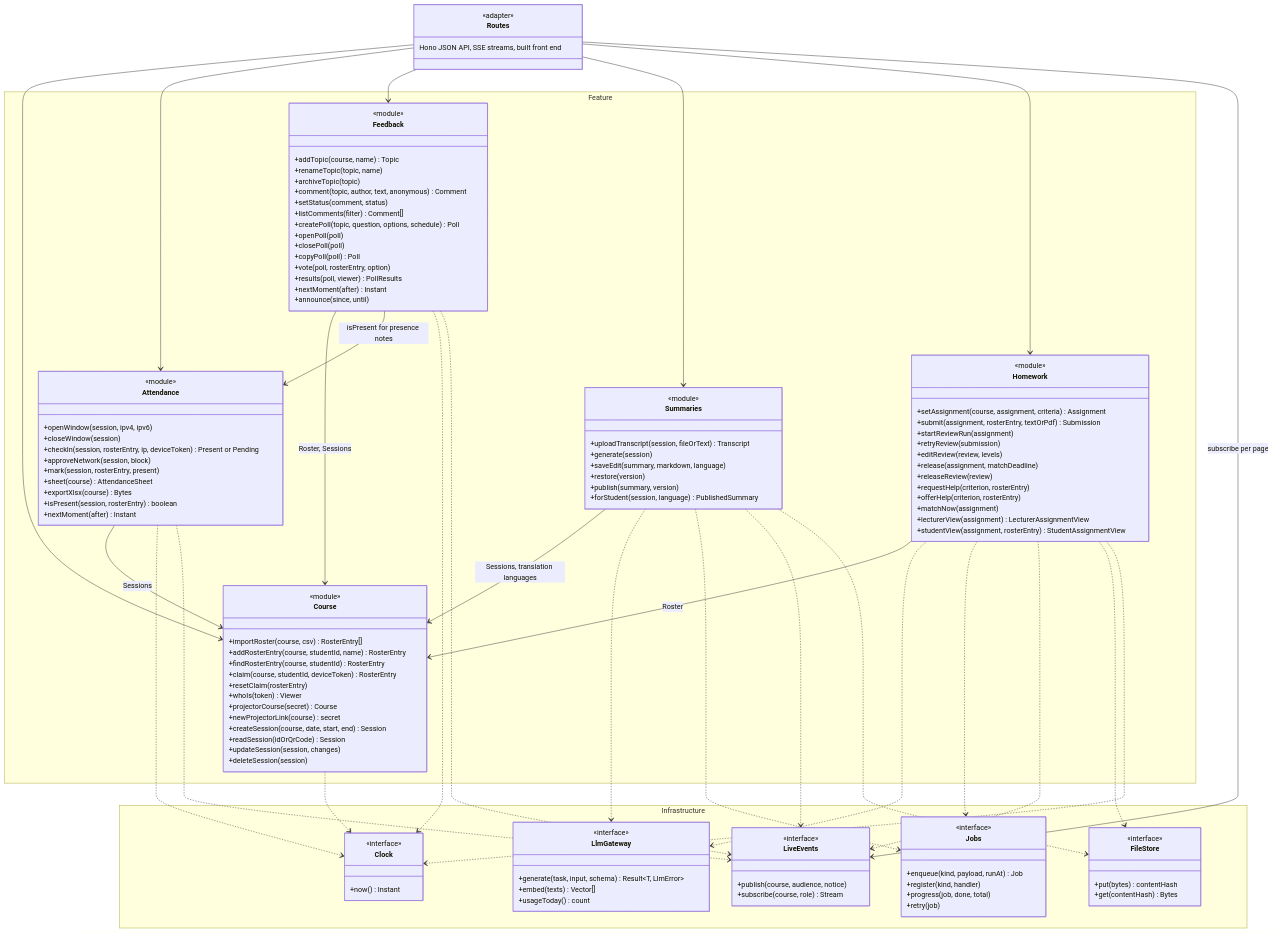
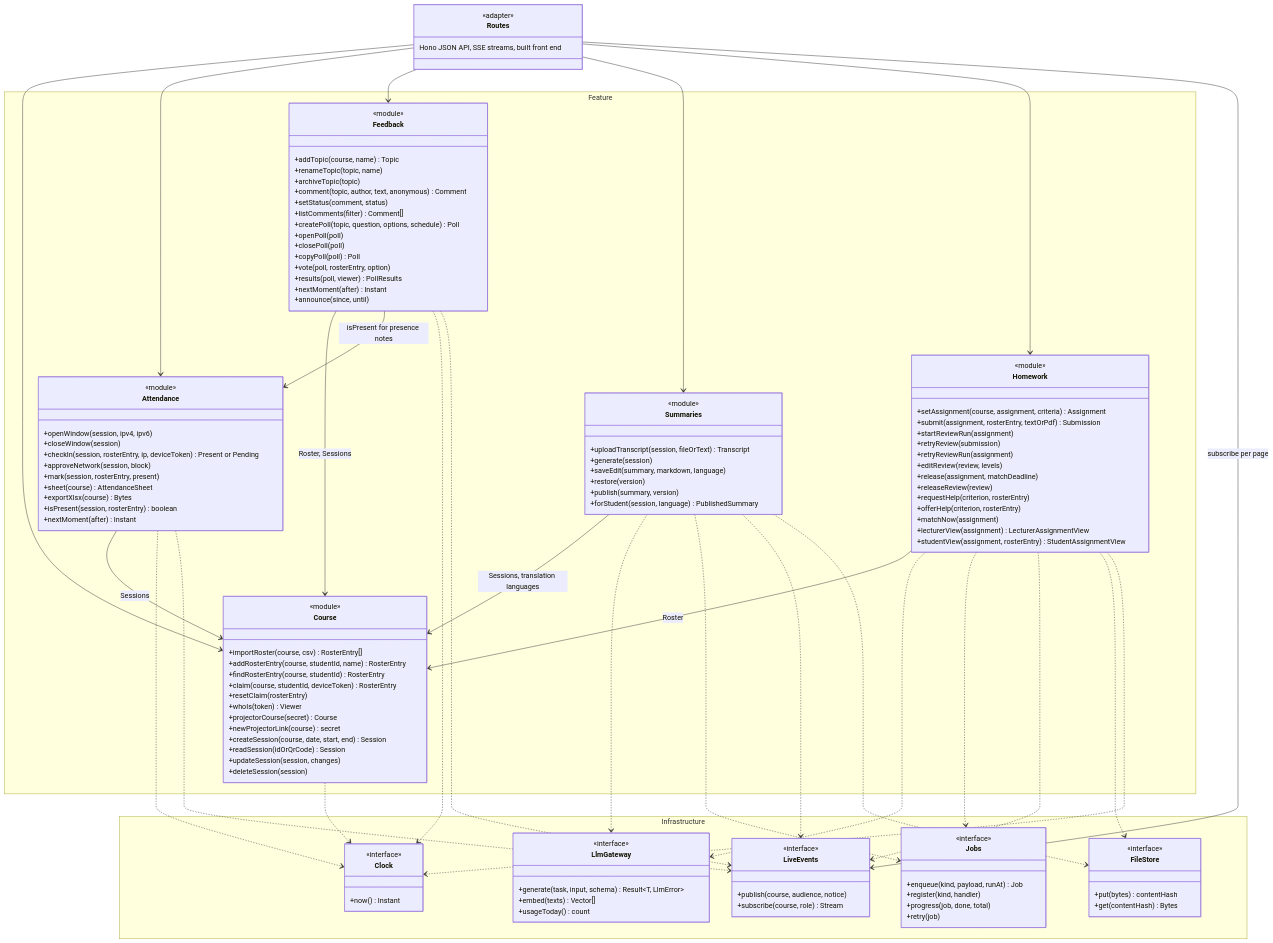
One commit to ofeq-dev/class-connect changed the first of 7 diagrams in docs/diagrams/class-diagram.md. Above: the diagram before and after it, drawn with Mermaid. The commit also changed 5 other files, not shown here.

Commit message:
Retry a failed comparison or class summary in a review run

```diff
--- a/docs/diagrams/class-diagram.md
+++ b/docs/diagrams/class-diagram.md
@@ -77,6 +77,7 @@
       +submit(assignment, rosterEntry, textOrPdf) Submission
       +startReviewRun(assignment)
       +retryReview(submission)
+      +retryReviewRun(assignment)
       +editReview(review, levels)
       +release(assignment, matchDeadline)
       +releaseReview(review)
```
